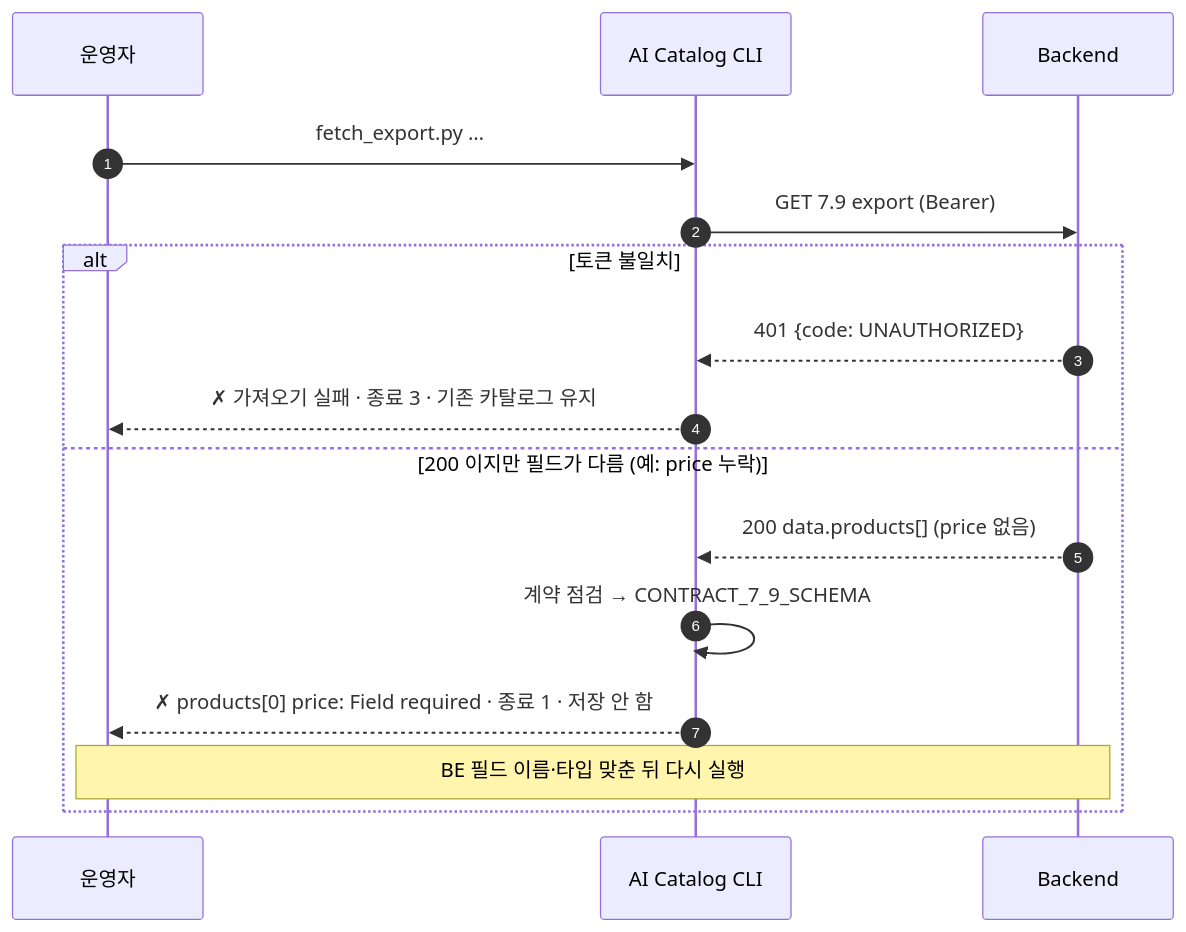
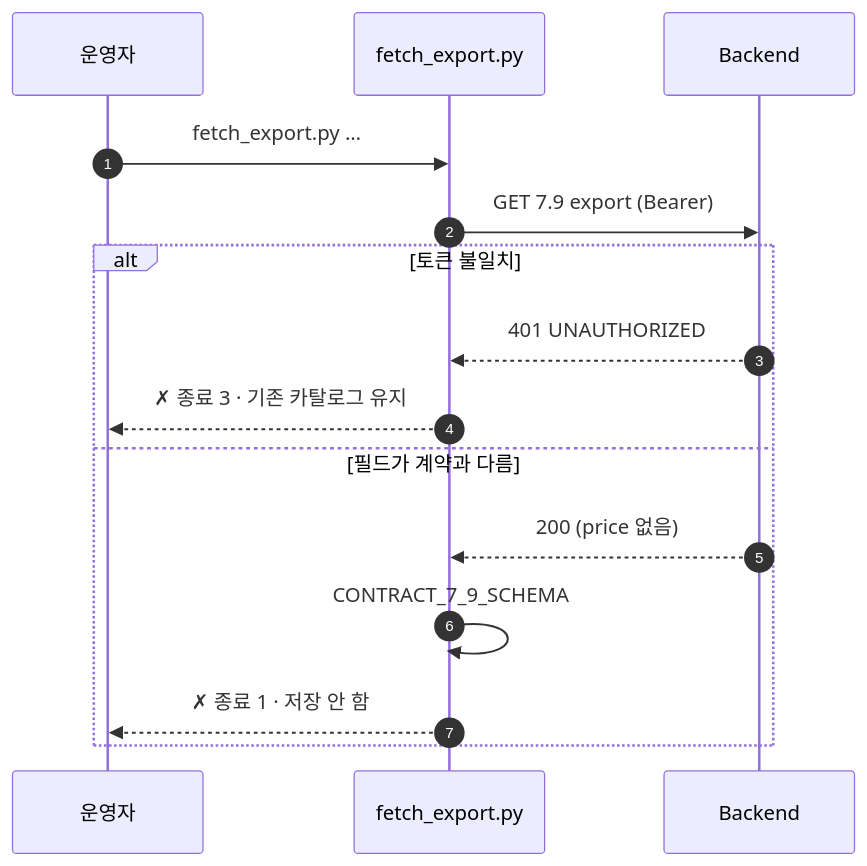
The second of 2 diagrams in profiling/docs/BE_연동_필드표_v2.md (100-hours-a-week/KTB4-12th-AI), drawn with Mermaid before and after one commit. The commit also changed other lines of this file and 70 other files, not shown here.

````diff
--- a/profiling/docs/BE_연동_필드표_v2.md
+++ b/profiling/docs/BE_연동_필드표_v2.md
@@ -125,18 +122,17 @@
 ```mermaid
 sequenceDiagram
   autonumber
   participant OP as 운영자
-  participant AI as AI Catalog CLI
+  participant AI as fetch_export.py
   participant BE as Backend
   OP->>AI: fetch_export.py …
   AI->>BE: GET 7.9 export (Bearer)
   alt 토큰 불일치
-    BE-->>AI: 401 {code: UNAUTHORIZED}
-    AI-->>OP: ✗ 가져오기 실패 · 종료 3 · 기존 카탈로그 유지
-  else 200 이지만 필드가 다름 (예: price 누락)
-    BE-->>AI: 200 data.products[] (price 없음)
-    AI->>AI: 계약 점검 → CONTRACT_7_9_SCHEMA
-    AI-->>OP: ✗ products[0] price: Field required · 종료 1 · 저장 안 함
-    Note over OP,BE: BE 필드 이름·타입 맞춘 뒤 다시 실행
+    BE-->>AI: 401 UNAUTHORIZED
+    AI-->>OP: ✗ 종료 3 · 기존 카탈로그 유지
+  else 필드가 계약과 다름
+    BE-->>AI: 200 (price 없음)
+    AI->>AI: CONTRACT_7_9_SCHEMA
+    AI-->>OP: ✗ 종료 1 · 저장 안 함
   end
 ```
````
